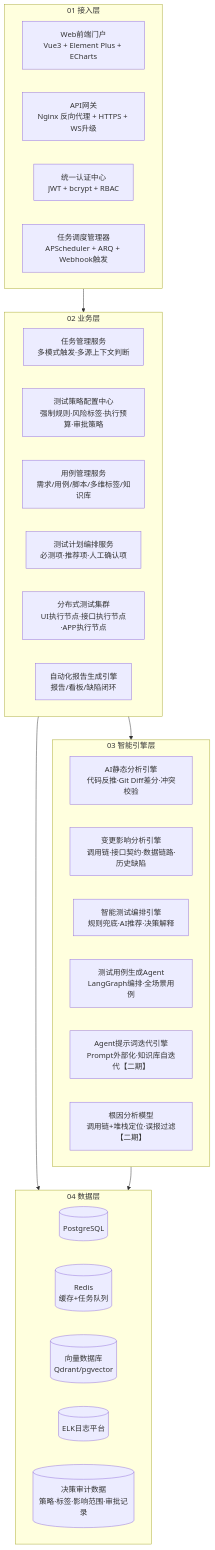
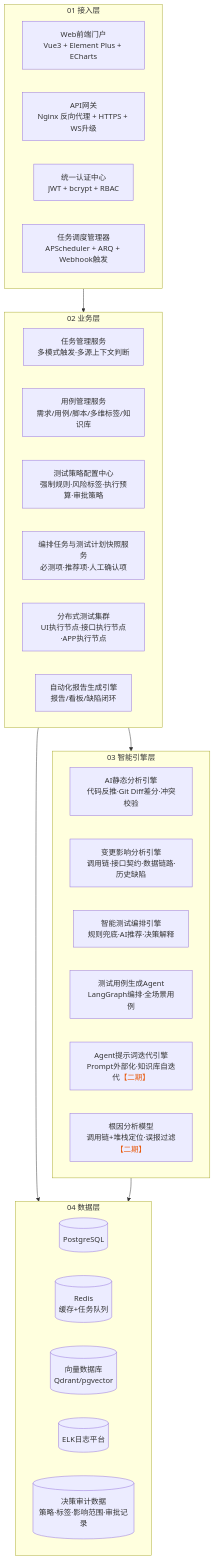
The second of 9 diagrams in AI驱动自动化测试平台自研落地实施方案.md (xiangsong97/xueran), drawn with Mermaid before and after one commit. The commit also changed other lines of this file, not shown here.

Commit message:
docs: clarify AI test orchestration and chapter 5 flows

````diff
--- a/AI驱动自动化测试平台自研落地实施方案.md
+++ b/AI驱动自动化测试平台自研落地实施方案.md
@@ -194,40 +194,40 @@
 ```mermaid
 flowchart TB
     subgraph L1["01 接入层"]
         WEB["Web前端门户<br/>Vue3 + Element Plus + ECharts"]
         GW["API网关<br/>Nginx 反向代理 + HTTPS + WS升级"]
         AUTH["统一认证中心<br/>JWT + bcrypt + RBAC"]
         SCHED["任务调度管理器<br/>APScheduler + ARQ + Webhook触发"]
     end
 
     subgraph L2["02 业务层"]
         TM["任务管理服务<br/>多模式触发·多源上下文判断"]
+        CM["用例管理服务<br/>需求/用例/脚本/多维标签/知识库"]
         STRATEGY["测试策略配置中心<br/>强制规则·风险标签·执行预算·审批策略"]
-        CM["用例管理服务<br/>需求/用例/脚本/多维标签/知识库"]
-        PLAN["测试计划编排服务<br/>必测项·推荐项·人工确认项"]
+        PLAN["编排任务与测试计划快照服务<br/>必测项·推荐项·人工确认项"]
         EXEC["分布式测试集群<br/>UI执行节点·接口执行节点·APP执行节点"]
         REP["自动化报告生成引擎<br/>报告/看板/缺陷闭环"]
     end
 
     subgraph L3["03 智能引擎层"]
         STATIC["AI静态分析引擎<br/>代码反推·Git Diff差分·冲突校验"]
         IMPACT["变更影响分析引擎<br/>调用链·接口契约·数据链路·历史缺陷"]
         ORCH["智能测试编排引擎<br/>规则兜底·AI推荐·决策解释"]
         GEN["测试用例生成Agent<br/>LangGraph编排·全场景用例"]
-        PROMPT["Agent提示词迭代引擎<br/>Prompt外部化·知识库自迭代【二期】"]
-        ROOT["根因分析模型<br/>调用链+堆栈定位·误报过滤【二期】"]
+        PROMPT["Agent提示词迭代引擎<br/>Prompt外部化·知识库自迭代<span style="color:#e8590c">【二期】</span> "]
+        ROOT["根因分析模型<br/>调用链+堆栈定位·误报过滤<span style="color:#e8590c">【二期】</span>"]
     end
 
     subgraph L4["04 数据层"]
         DB[("PostgreSQL<br/>")]
         REDIS[("Redis<br/>缓存+任务队列")]
         VEC[("向量数据库<br/>Qdrant/pgvector")]
         ELK[("ELK日志平台")]
         AUDIT[("决策审计数据<br/>策略·标签·影响范围·审批记录")]
     end
 
     L1 --> L2
     L2 --> L3
     L2 --> L4
     L3 --> L4
 ```
````
